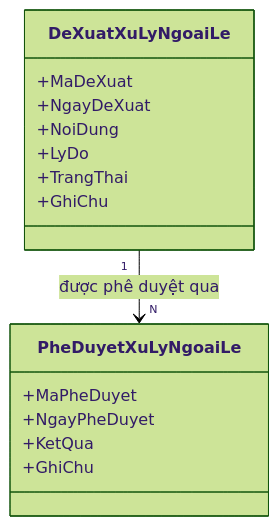
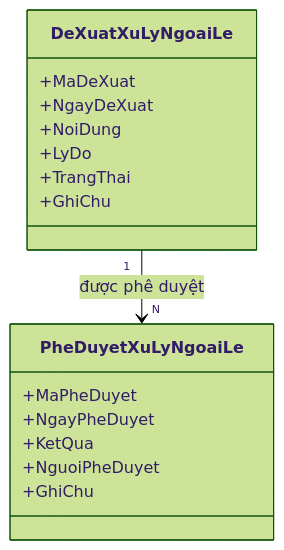
Diagram 13 of 14 in WarehouseSystem_SRS_hoan_chinh.md (vthaix/WarehouseSystem), drawn with Mermaid (forest theme) before and after one commit. The commit also changed other lines of this file, not shown here.

````diff
--- a/WarehouseSystem_SRS_hoan_chinh.md
+++ b/WarehouseSystem_SRS_hoan_chinh.md
@@ -2130,19 +564,23 @@
 ```mermaid
 classDiagram
+
     class DeXuatXuLyNgoaiLe {
         +MaDeXuat
         +NgayDeXuat
         +NoiDung
         +LyDo
         +TrangThai
         +GhiChu
     }
+
     class PheDuyetXuLyNgoaiLe {
         +MaPheDuyet
         +NgayPheDuyet
         +KetQua
+        +NguoiPheDuyet
         +GhiChu
     }
 
-    DeXuatXuLyNgoaiLe "1" --> "N" PheDuyetXuLyNgoaiLe : được phê duyệt qua
+    DeXuatXuLyNgoaiLe "1" --> "N" PheDuyetXuLyNgoaiLe : được phê duyệt
+
 ```
````
